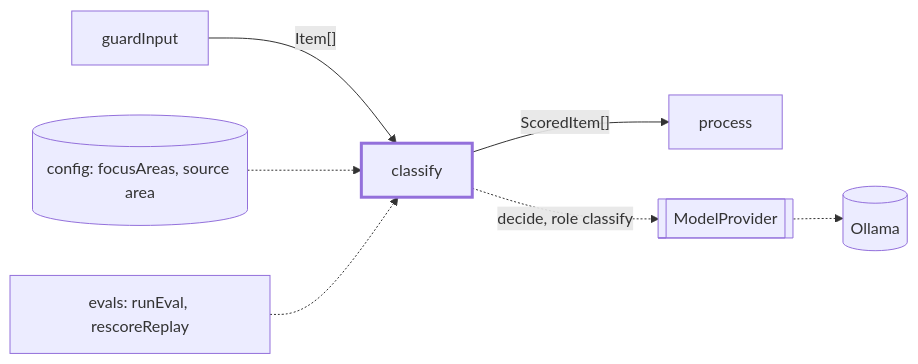
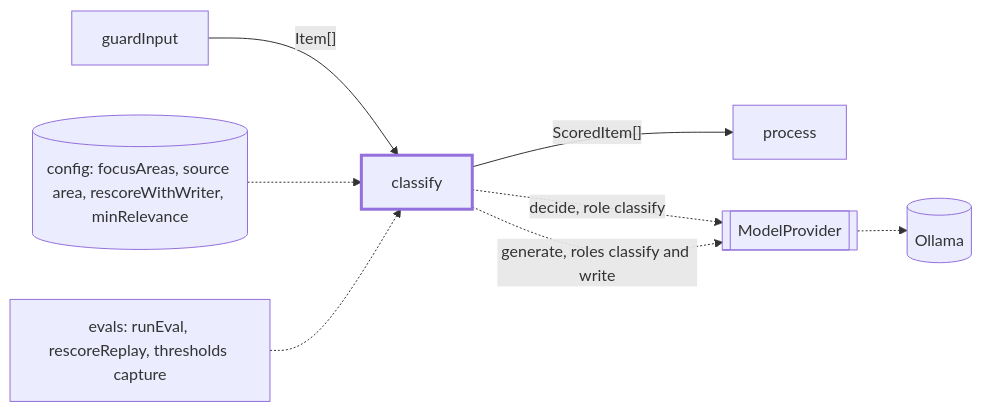
One commit to odere-pro/weekly-engineering-digest-agent changed the first of 2 diagrams in src/classify/CLAUDE.md. Above: the diagram before and after it, drawn with Mermaid. The commit also changed other lines of this file and 22 other files, not shown here.

````diff
--- a/src/classify/CLAUDE.md
+++ b/src/classify/CLAUDE.md
@@ -9,9 +9,10 @@
 ```mermaid
 flowchart LR
   guardInput -->|"Item[]"| classify:::focus -->|"ScoredItem[]"| process
-  cfg[("config: focusAreas, source area")] -.-> classify
+  cfg[("config: focusAreas, source area, rescoreWithWriter, minRelevance")] -.-> classify
   classify -.->|"decide, role classify"| mp[[ModelProvider]]
+  classify -.->|"generate, roles classify and write"| mp
   mp -.-> ollama[(Ollama)]
-  evals["evals: runEval, rescoreReplay"] -.-> classify
+  evals["evals: runEval, rescoreReplay, thresholds capture"] -.-> classify
   classDef focus stroke-width:3px
 ```
````
